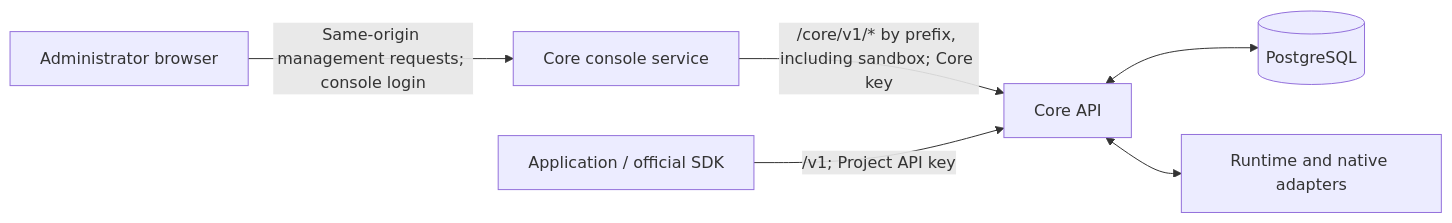
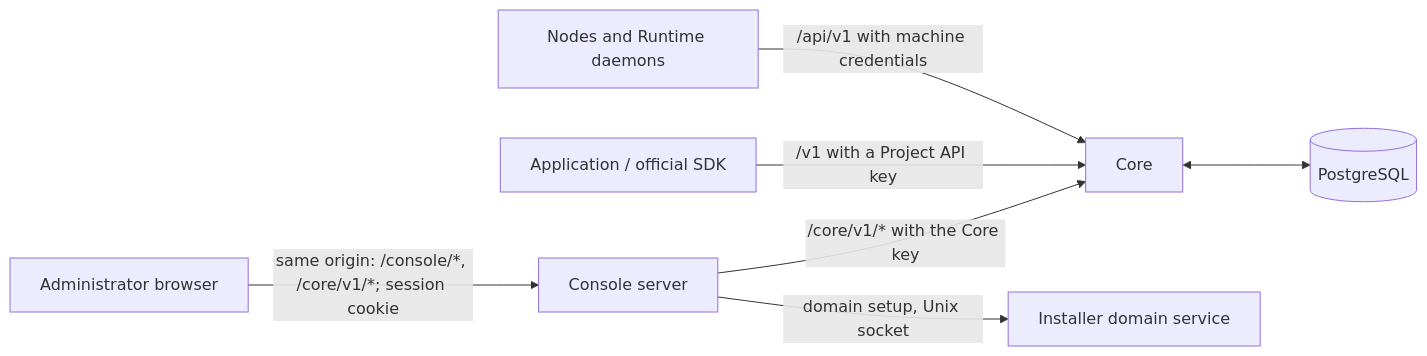
The diagram in apps/docs/content/docs/execution-model.mdx (MiniMax-AI/OpenAgentCore), drawn with Mermaid before and after one commit. The commit also changed other lines of this file and 26 other files, not shown here.

First line of the commit message:
docs: merge the Web console server docs and rename console API usage

````diff
--- a/apps/docs/content/docs/execution-model.mdx
+++ b/apps/docs/content/docs/execution-model.mdx
@@ -18,15 +16,17 @@
 ```mermaid
 flowchart LR
   browser["Administrator browser"]
-  console["Core console service"]
-  core["Core API"]
+  console["Console server"]
+  core["Core"]
   database[("PostgreSQL")]
   application["Application / official SDK"]
-  runtime["Runtime and native adapters"]
+  machine["Nodes and Runtime daemons"]
+  installer["Installer domain service"]
 
-  browser -->|"Same-origin management requests; console login"| console
-  console -->|"/core/v1/* by prefix, including sandbox; Core key"| core
-  application -->|"/v1; Project API key"| core
+  browser -->|"same origin: /console/*, /core/v1/*; session cookie"| console
+  console -->|"/core/v1/* with the Core key"| core
+  console -->|"domain setup, Unix socket"| installer
+  application -->|"/v1 with a Project API key"| core
+  machine -->|"/api/v1 with machine credentials"| core
   core <--> database
-  core <--> runtime
 ```
````
